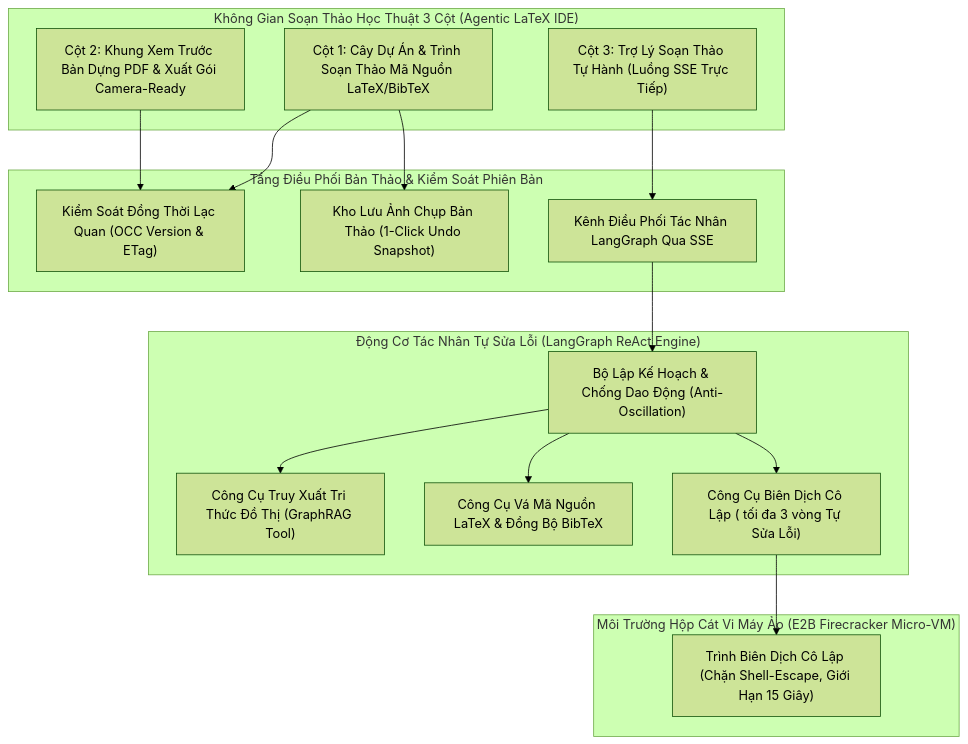
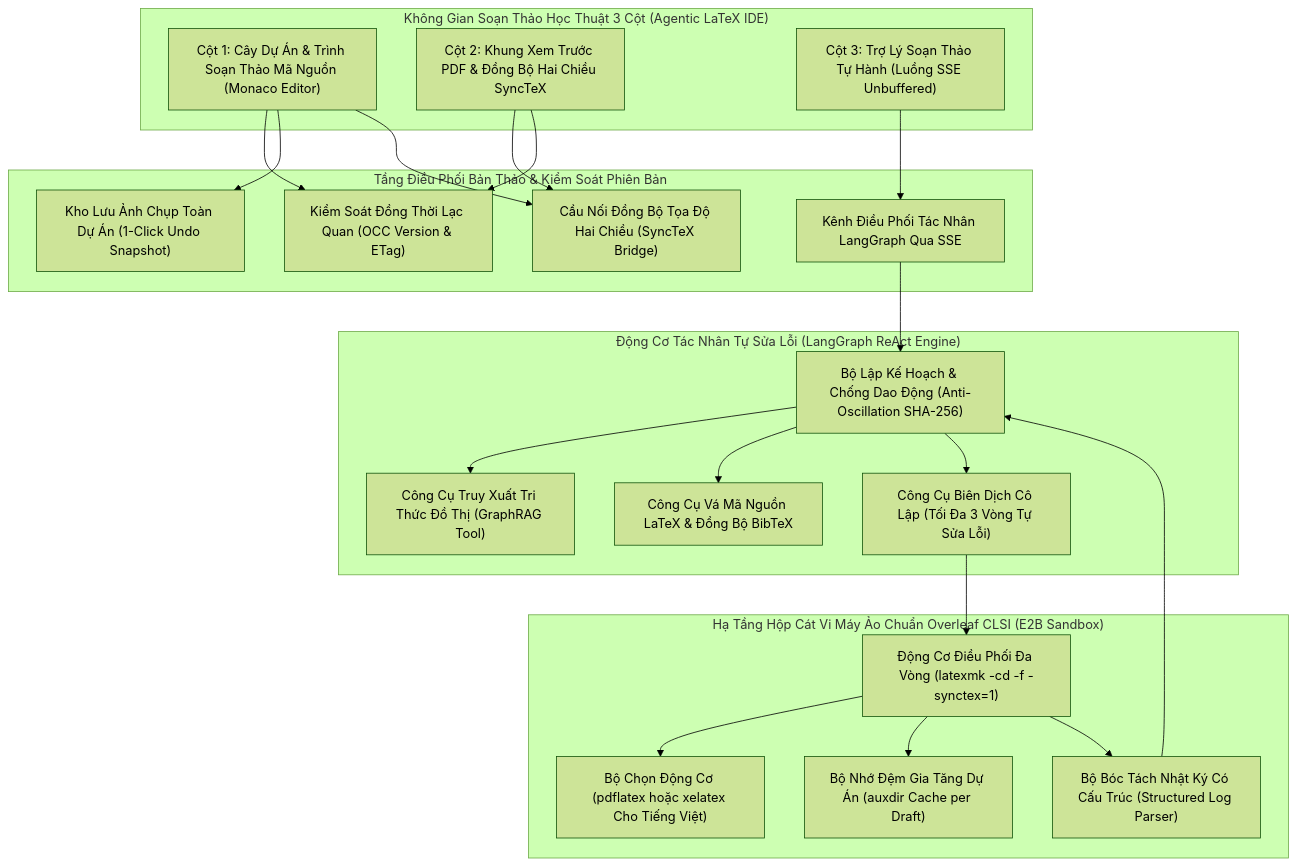
Before and after one commit to dammanhdungvn/VeriScholar: the first of 3 diagrams in docs/specs/06-agentic-overleaf-writing-spec.md, drawn with Mermaid (forest theme). The commit also changed other lines of this file and 1 other file, not shown here.

Commit message:
docs(spec-06): integrate Overleaf CLSI latexmk, synctex bridge, and incremental cache architecture

````diff
--- a/docs/specs/06-agentic-overleaf-writing-spec.md
+++ b/docs/specs/06-agentic-overleaf-writing-spec.md
@@ -48,35 +48,45 @@
 ```mermaid
 flowchart TD
     subgraph StudioUI ["Không Gian Soạn Thảo Học Thuật 3 Cột (Agentic LaTeX IDE)"]
-        EditorPane["Cột 1: Cây Dự Án & Trình Soạn Thảo Mã Nguồn LaTeX/BibTeX"]
-        PreviewPane["Cột 2: Khung Xem Trước Bản Dựng PDF & Xuất Gói Camera-Ready"]
-        AssistantPane["Cột 3: Trợ Lý Soạn Thảo Tự Hành (Luồng SSE Trực Tiếp)"]
+        EditorPane["Cột 1: Cây Dự Án & Trình Soạn Thảo Mã Nguồn (Monaco Editor)"]
+        PreviewPane["Cột 2: Khung Xem Trước PDF & Đồng Bộ Hai Chiều SyncTeX"]
+        AssistantPane["Cột 3: Trợ Lý Soạn Thảo Tự Hành (Luồng SSE Unbuffered)"]
     end
 
     subgraph OrchestrationLayer ["Tầng Điều Phối Bản Thảo & Kiểm Soát Phiên Bản"]
         OCCGuard["Kiểm Soát Đồng Thời Lạc Quan (OCC Version & ETag)"]
-        SnapshotVault["Kho Lưu Ảnh Chụp Bản Thảo (1-Click Undo Snapshot)"]
+        SnapshotVault["Kho Lưu Ảnh Chụp Toàn Dự Án (1-Click Undo Snapshot)"]
         ReActStream["Kênh Điều Phối Tác Nhân LangGraph Qua SSE"]
+        SyncTexBridge["Cầu Nối Đồng Bộ Tọa Độ Hai Chiều (SyncTeX Bridge)"]
     end
 
     subgraph AgentCore ["Động Cơ Tác Nhân Tự Sửa Lỗi (LangGraph ReAct Engine)"]
-        Planner["Bộ Lập Kế Hoạch & Chống Dao Động (Anti-Oscillation)"]
+        Planner["Bộ Lập Kế Hoạch & Chống Dao Động (Anti-Oscillation SHA-256)"]
         GraphTool["Công Cụ Truy Xuất Tri Thức Đồ Thị (GraphRAG Tool)"]
         PatchTool["Công Cụ Vá Mã Nguồn LaTeX & Đồng Bộ BibTeX"]
-        CompileTool["Công Cụ Biên Dịch Cô Lập ( tối đa 3 vòng Tự Sửa Lỗi)"]
+        CompileTool["Công Cụ Biên Dịch Cô Lập (Tối Đa 3 Vòng Tự Sửa Lỗi)"]
     end
 
-    subgraph CloudSandbox ["Môi Trường Hộp Cát Vi Máy Ảo (E2B Firecracker Micro-VM)"]
-        LatexCompiler["Trình Biên Dịch Cô Lập (Chặn Shell-Escape, Giới Hạn 15 Giây)"]
+    subgraph CloudSandbox ["Hạ Tầng Hộp Cát Vi Máy Ảo Chuẩn Overleaf CLSI (E2B Sandbox)"]
+        LatexmkRunner["Động Cơ Điều Phối Đa Vòng (latexmk -cd -f -synctex=1)"]
+        EngineSelector["Bộ Chọn Động Cơ (pdflatex hoặc xelatex Cho Tiếng Việt)"]
+        IncrementalCache["Bộ Nhớ Đệm Gia Tăng Dự Án (auxdir Cache per Draft)"]
+        LogParser["Bộ Bóc Tách Nhật Ký Có Cấu Trúc (Structured Log Parser)"]
     end
 
     EditorPane --> OCCGuard
     EditorPane --> SnapshotVault
+    EditorPane --> SyncTexBridge
+    PreviewPane --> SyncTexBridge
     PreviewPane --> OCCGuard
     AssistantPane --> ReActStream
     ReActStream --> Planner
     Planner --> GraphTool
     Planner --> PatchTool
     Planner --> CompileTool
-    CompileTool --> LatexCompiler
+    CompileTool --> LatexmkRunner
+    LatexmkRunner --> EngineSelector
+    LatexmkRunner --> IncrementalCache
+    LatexmkRunner --> LogParser
+    LogParser --> Planner
 ```
````
